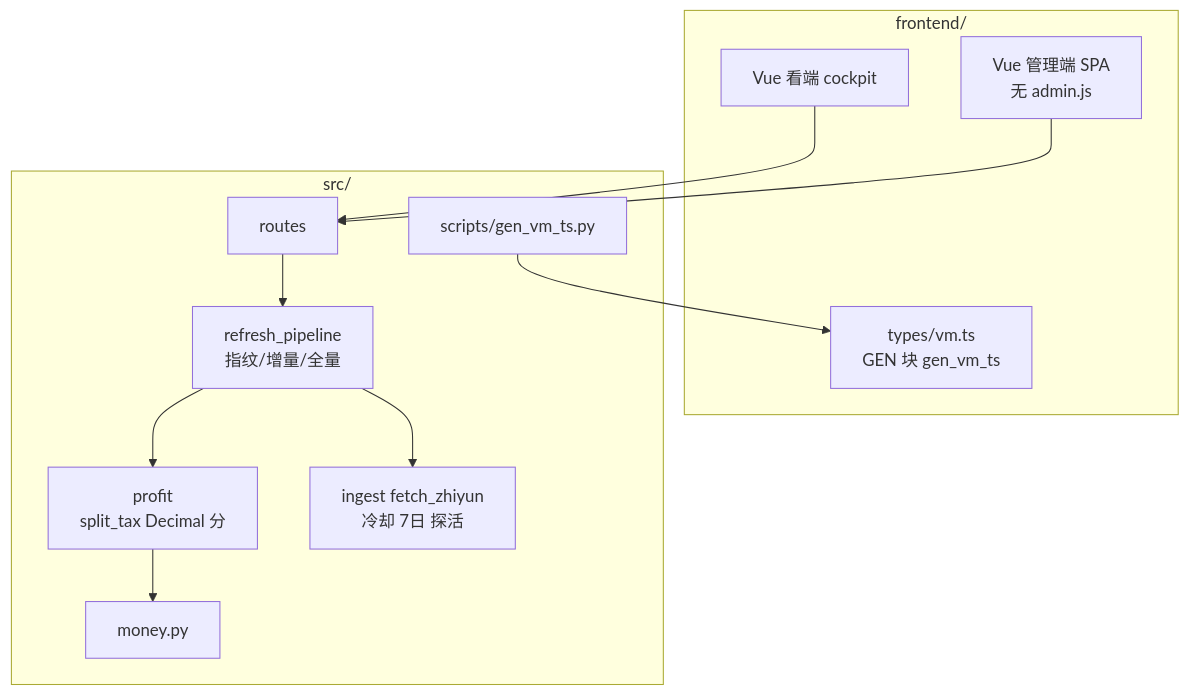
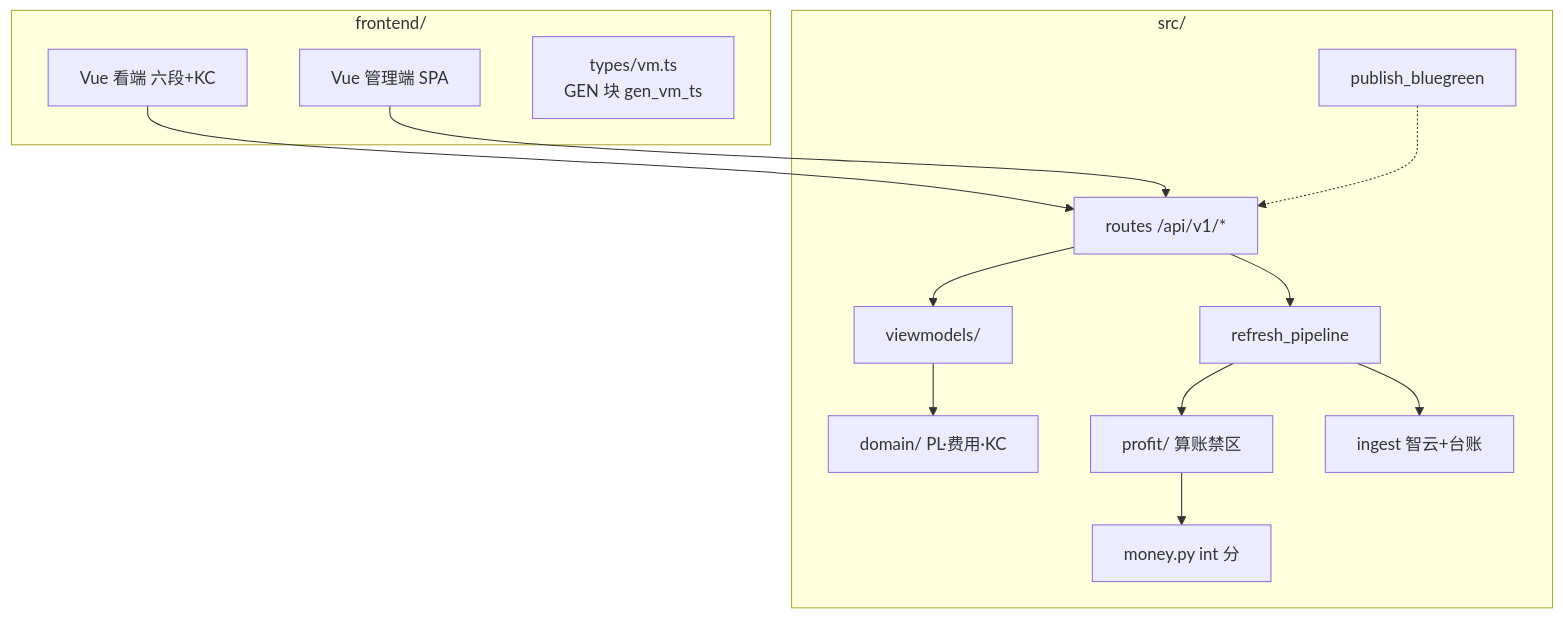
The diagram in docs/设计图/05_模块与组件图.mmd (EvanLee2004/BI), drawn with Mermaid before and after one commit. The commit also changed 61 other files, not shown here.

First line of the commit message:
docs(3.7.7): 全量对齐现网文档与配图

```diff
--- a/docs/设计图/05_模块与组件图.mmd
+++ b/docs/设计图/05_模块与组件图.mmd
@@ -1,22 +1,26 @@
-%% 模块与组件 v2.2.0 · stage66
+%% 模块与组件 · VERSION 3.7.7 · 2026-08-03
 flowchart TB
   subgraph FE["frontend/"]
-    VU[Vue 看端 cockpit]
-    AD[Vue 管理端 SPA<br/>无 admin.js]
+    VU[Vue 看端 六段+KC]
+    AD[Vue 管理端 SPA]
     VMTS["types/vm.ts<br/>GEN 块 gen_vm_ts"]
   end
   subgraph BE["src/"]
-    RT[routes]
-    RP[refresh_pipeline<br/>指纹/增量/全量]
-    PR[profit<br/>split_tax Decimal 分]
-    MY[money.py]
-    IG[ingest fetch_zhiyun<br/>冷却 7日 探活]
-    GEN[scripts/gen_vm_ts.py]
+    RT["routes /api/v1/*"]
+    RP[refresh_pipeline]
+    PR["profit/ 算账禁区"]
+    DM["domain/ PL·费用·KC"]
+    VM[viewmodels/]
+    MY[money.py int 分]
+    IG[ingest 智云+台账]
+    PB[publish_bluegreen]
   end
   VU --> RT
   AD --> RT
-  GEN --> VMTS
+  RT --> VM
+  VM --> DM
   RT --> RP
   RP --> PR
   PR --> MY
   RP --> IG
+  PB -.-> RT
```
